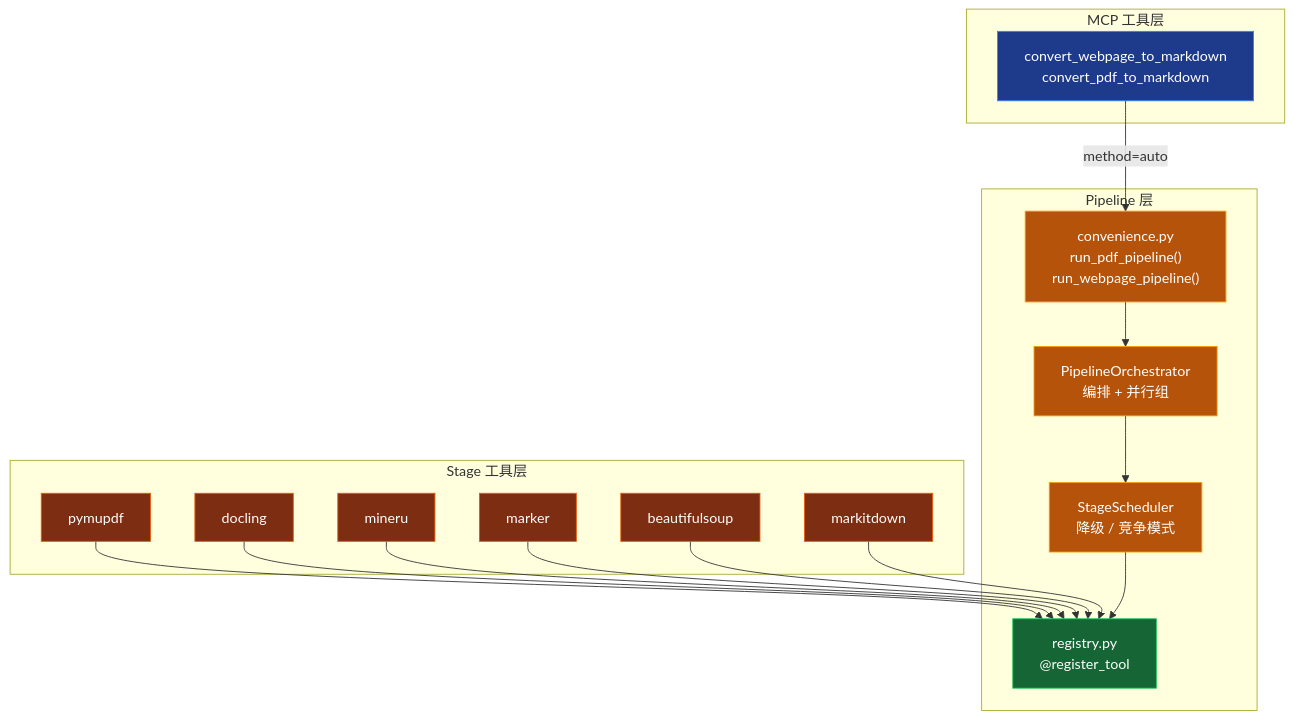
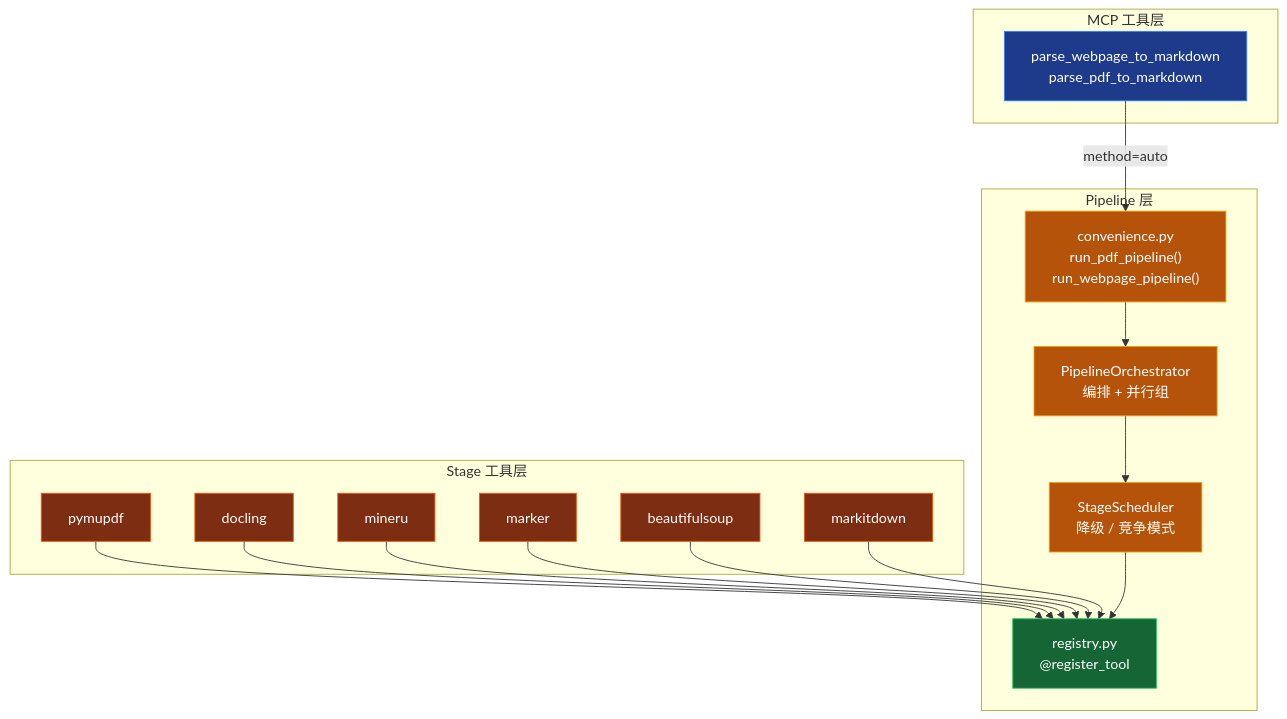
One commit to ThreeFish-AI/negentropy-perceives changed the third of 10 diagrams in docs/framework.md. Above: the diagram before and after it, drawn with Mermaid. The commit also changed other lines of this file and 221 other files, not shown here.

````diff
--- a/docs/framework.md
+++ b/docs/framework.md
@@ -114,39 +114,39 @@
 ```mermaid
 graph TD
     subgraph "MCP 工具层"
-        MT["convert_webpage_to_markdown<br/>convert_pdf_to_markdown"]
+        MT["parse_webpage_to_markdown<br/>parse_pdf_to_markdown"]
     end
 
     subgraph "Pipeline 层"
         CV["convenience.py<br/>run_pdf_pipeline()<br/>run_webpage_pipeline()"]
         OC["PipelineOrchestrator<br/>编排 + 并行组"]
         SC["StageScheduler<br/>降级 / 竞争模式"]
         RG["registry.py<br/>@register_tool"]
     end
 
     subgraph "Stage 工具层"
         T1["pymupdf"] --> RG
         T2["docling"] --> RG
         T3["mineru"] --> RG
         T4["marker"] --> RG
         T5["beautifulsoup"] --> RG
         T6["markitdown"] --> RG
     end
 
     MT -->|"method=auto"| CV
     CV --> OC
     OC --> SC
     SC --> RG
 
     style MT fill:#1e3a8a,stroke:#3b82f6,color:#ffffff
     style CV fill:#b45309,stroke:#f59e0b,color:#ffffff
     style OC fill:#b45309,stroke:#f59e0b,color:#ffffff
     style SC fill:#b45309,stroke:#f59e0b,color:#ffffff
     style RG fill:#166534,stroke:#22c55e,color:#ffffff
     style T1 fill:#7c2d12,stroke:#ea580c,color:#ffffff
     style T2 fill:#7c2d12,stroke:#ea580c,color:#ffffff
     style T3 fill:#7c2d12,stroke:#ea580c,color:#ffffff
     style T4 fill:#7c2d12,stroke:#ea580c,color:#ffffff
     style T5 fill:#7c2d12,stroke:#ea580c,color:#ffffff
     style T6 fill:#7c2d12,stroke:#ea580c,color:#ffffff
 ```
````
